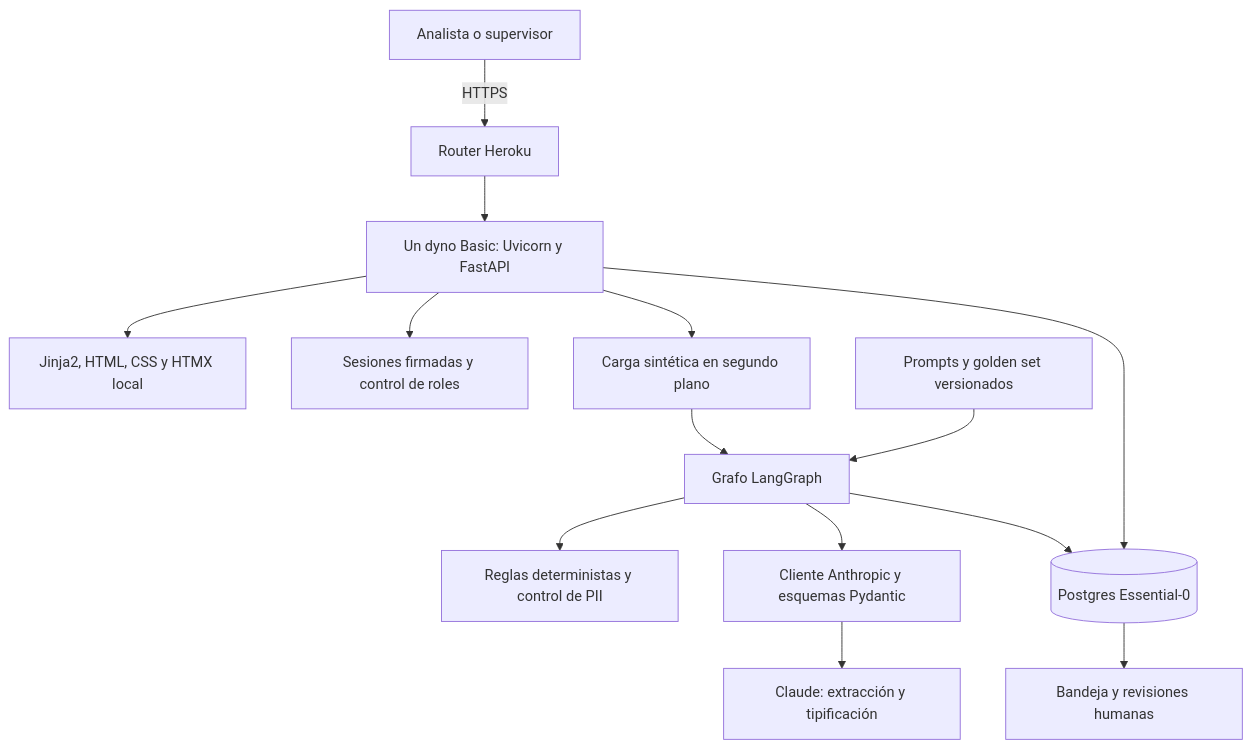
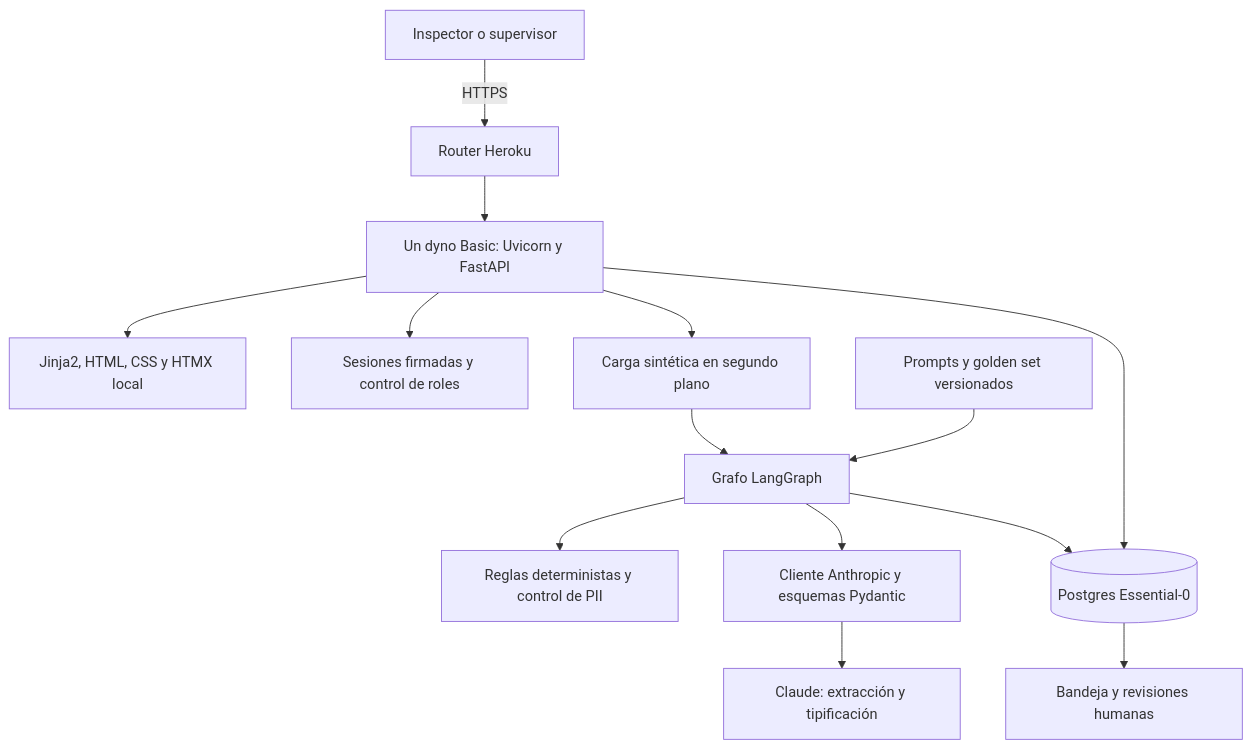
Before and after one commit to Sebamardones/agente-karin-triage: the first of 2 diagrams in docs/INFORME_ARQUITECTURA_Y_AUDITORIA.md, drawn with Mermaid. The commit also changed other lines of this file and 46 other files, not shown here.

````diff
--- a/docs/INFORME_ARQUITECTURA_Y_AUDITORIA.md
+++ b/docs/INFORME_ARQUITECTURA_Y_AUDITORIA.md
@@ -83,16 +83,16 @@
 ```mermaid
 flowchart TD
-    U[Analista o supervisor] -->|HTTPS| H[Router Heroku]
+    U[Inspector o supervisor] -->|HTTPS| H[Router Heroku]
     H --> W[Un dyno Basic: Uvicorn y FastAPI]
     W --> V[Jinja2, HTML, CSS y HTMX local]
     W --> S[Sesiones firmadas y control de roles]
     W --> B[Carga sintética en segundo plano]
     B --> G[Grafo LangGraph]
     G --> R[Reglas deterministas y control de PII]
     G --> L[Cliente Anthropic y esquemas Pydantic]
     L --> A[Claude: extracción y tipificación]
     G --> DB[(Postgres Essential-0)]
     W --> DB
     DB --> Q[Bandeja y revisiones humanas]
     P[Prompts y golden set versionados] --> G
 ```
````
